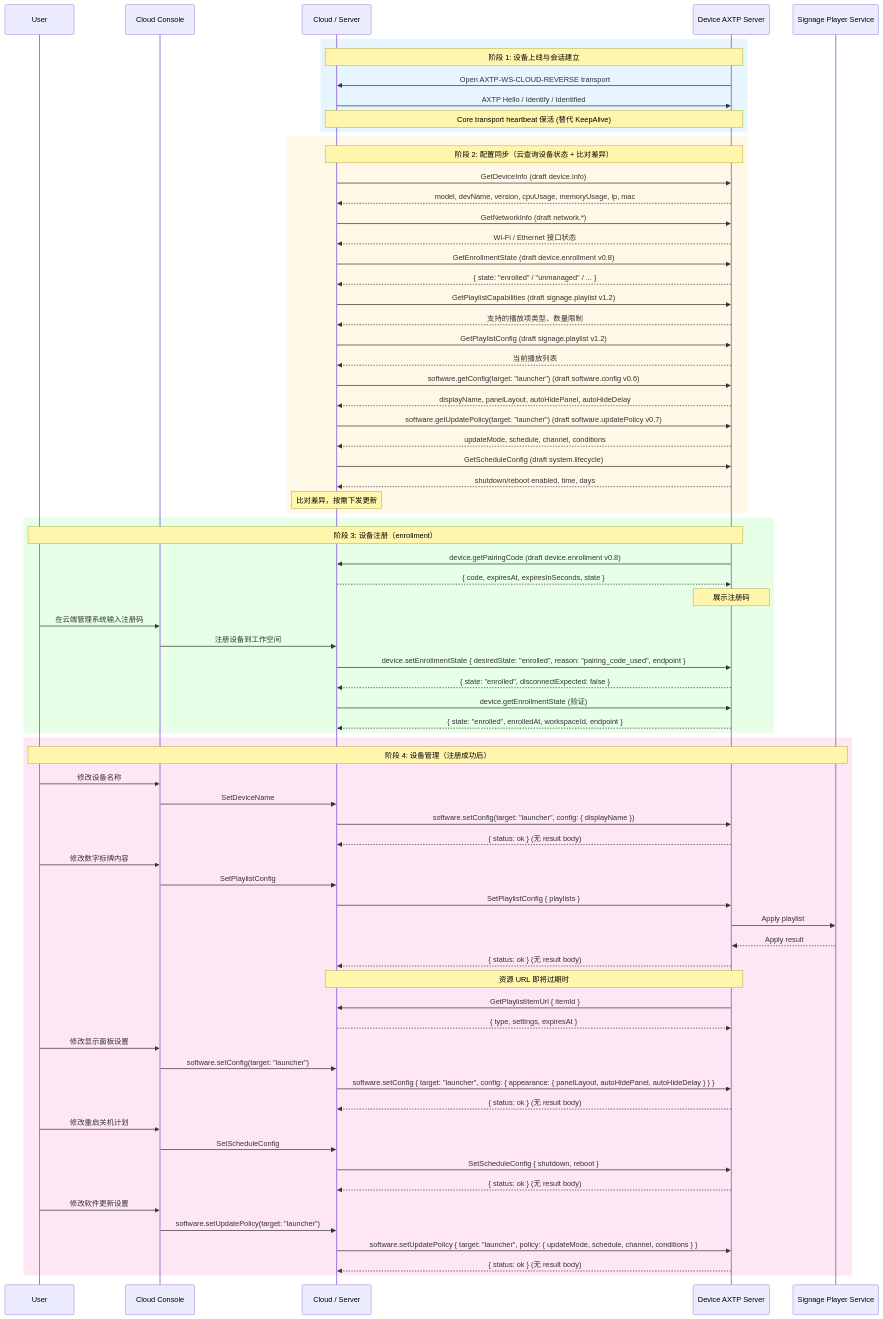
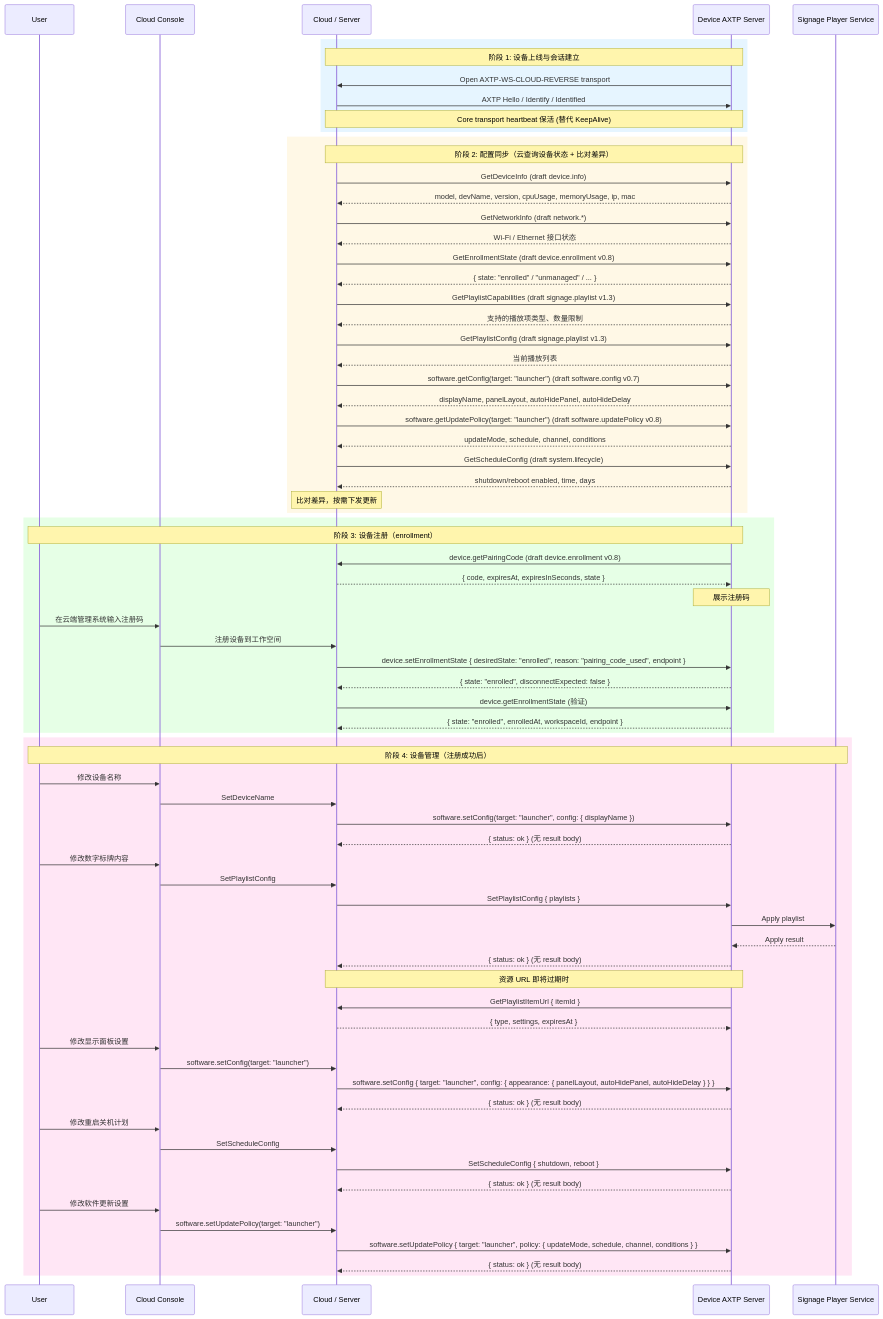
Before and after one commit to Mostorm-Labs/axtp: the diagram in docs/flows/signage-device-management.md, drawn with Mermaid. The commit also changed other lines of this file and 4 other files, not shown here.

Commit message:
docs: apply d-block example convention to device/signage/software protocol drafts

```diff
--- a/docs/flows/signage-device-management.md
+++ b/docs/flows/signage-device-management.md
@@ -135,13 +135,13 @@
         Device-->>Cloud: Wi-Fi / Ethernet 接口状态
         Cloud->>Device: GetEnrollmentState (draft device.enrollment v0.8)
         Device-->>Cloud: { state: "enrolled" / "unmanaged" / ... }
-        Cloud->>Device: GetPlaylistCapabilities (draft signage.playlist v1.2)
+        Cloud->>Device: GetPlaylistCapabilities (draft signage.playlist v1.3)
         Device-->>Cloud: 支持的播放项类型、数量限制
-        Cloud->>Device: GetPlaylistConfig (draft signage.playlist v1.2)
+        Cloud->>Device: GetPlaylistConfig (draft signage.playlist v1.3)
         Device-->>Cloud: 当前播放列表
-        Cloud->>Device: software.getConfig(target: "launcher") (draft software.config v0.6)
+        Cloud->>Device: software.getConfig(target: "launcher") (draft software.config v0.7)
         Device-->>Cloud: displayName, panelLayout, autoHidePanel, autoHideDelay
-        Cloud->>Device: software.getUpdatePolicy(target: "launcher") (draft software.updatePolicy v0.7)
+        Cloud->>Device: software.getUpdatePolicy(target: "launcher") (draft software.updatePolicy v0.8)
         Device-->>Cloud: updateMode, schedule, channel, conditions
         Cloud->>Device: GetScheduleConfig (draft system.lifecycle)
         Device-->>Cloud: shutdown/reboot enabled, time, days
```
